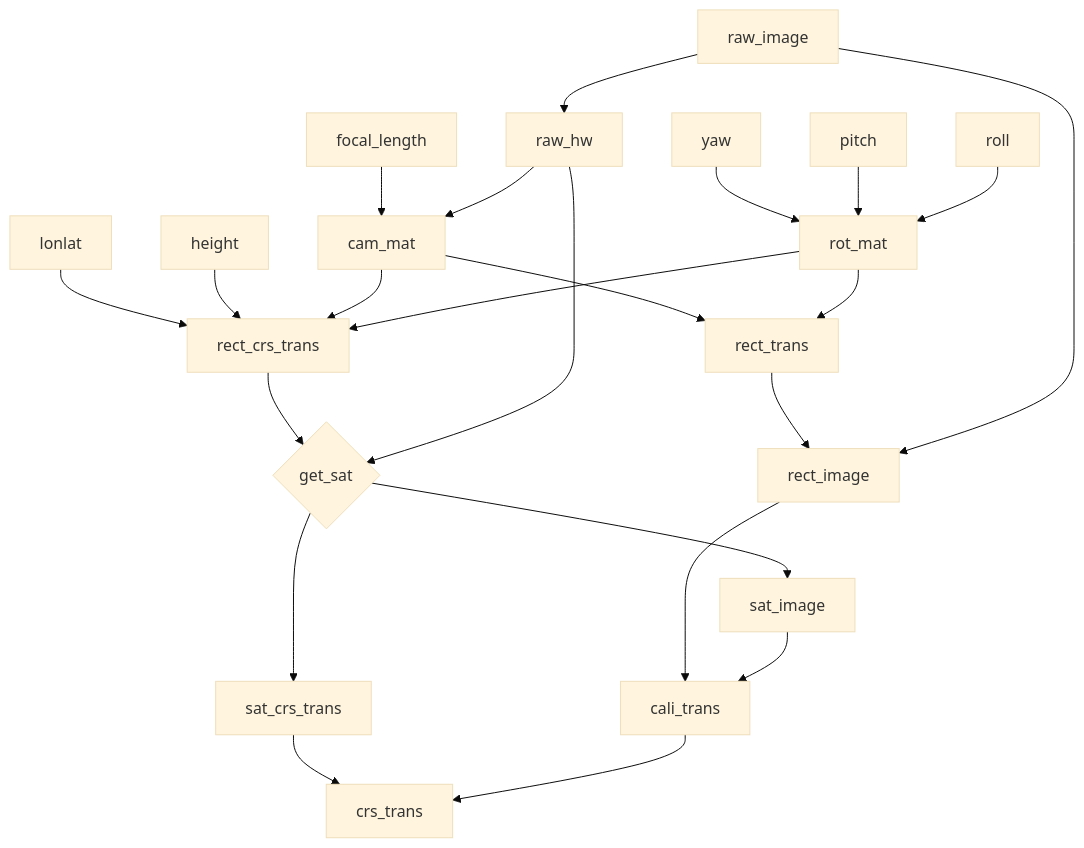
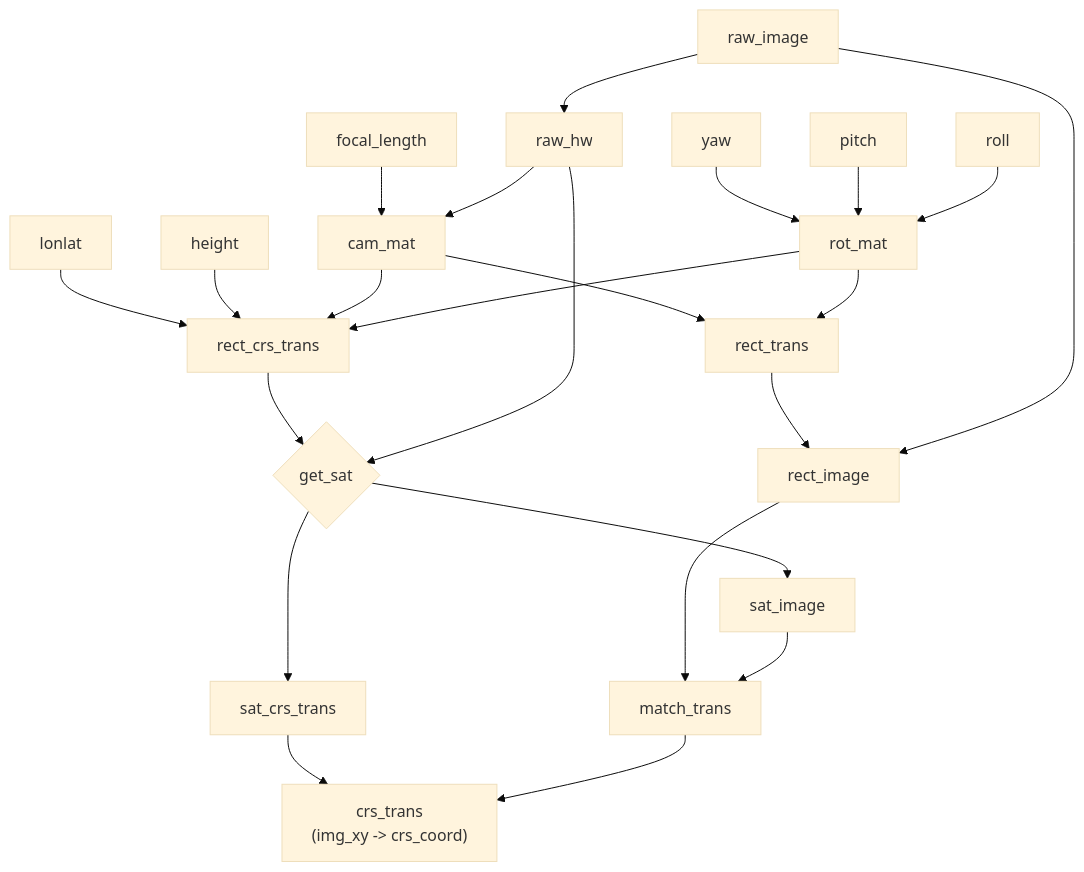
One commit to carseny/UAVCalibration changed the diagram in README.md. Above: the diagram before and after it, drawn with Mermaid (base theme). The commit also changed other lines of this file and 3 other files, not shown here.

Commit message:
为README添加demo图片，提供非uv部署方式

````diff
--- a/README.md
+++ b/README.md
@@ -49,33 +82,34 @@
 ```mermaid
 flowchart
     raw_image --> raw_hw
 
     focal_length --> cam_mat
     raw_hw --> cam_mat
 
     yaw --> rot_mat
     pitch --> rot_mat
     roll --> rot_mat
 
     cam_mat --> rect_trans
     rot_mat --> rect_trans
 
     lonlat --> rect_crs_trans
     height --> rect_crs_trans
     cam_mat --> rect_crs_trans
     rot_mat --> rect_crs_trans
 
     rect_crs_trans --> get_sat{get_sat}
     raw_hw --> get_sat
     get_sat --> sat_image
     get_sat --> sat_crs_trans
 
     rect_trans --> rect_image
     raw_image --> rect_image
 
-    rect_image --> cali_trans
-    sat_image --> cali_trans
+    rect_image --> match_trans
+    sat_image --> match_trans
 
-    sat_crs_trans --> crs_trans
-    cali_trans --> crs_trans
+    sat_crs_trans --> crs_trans["crs_trans
+    (img_xy -> crs_coord)"]
+    match_trans --> crs_trans
 ```
````
